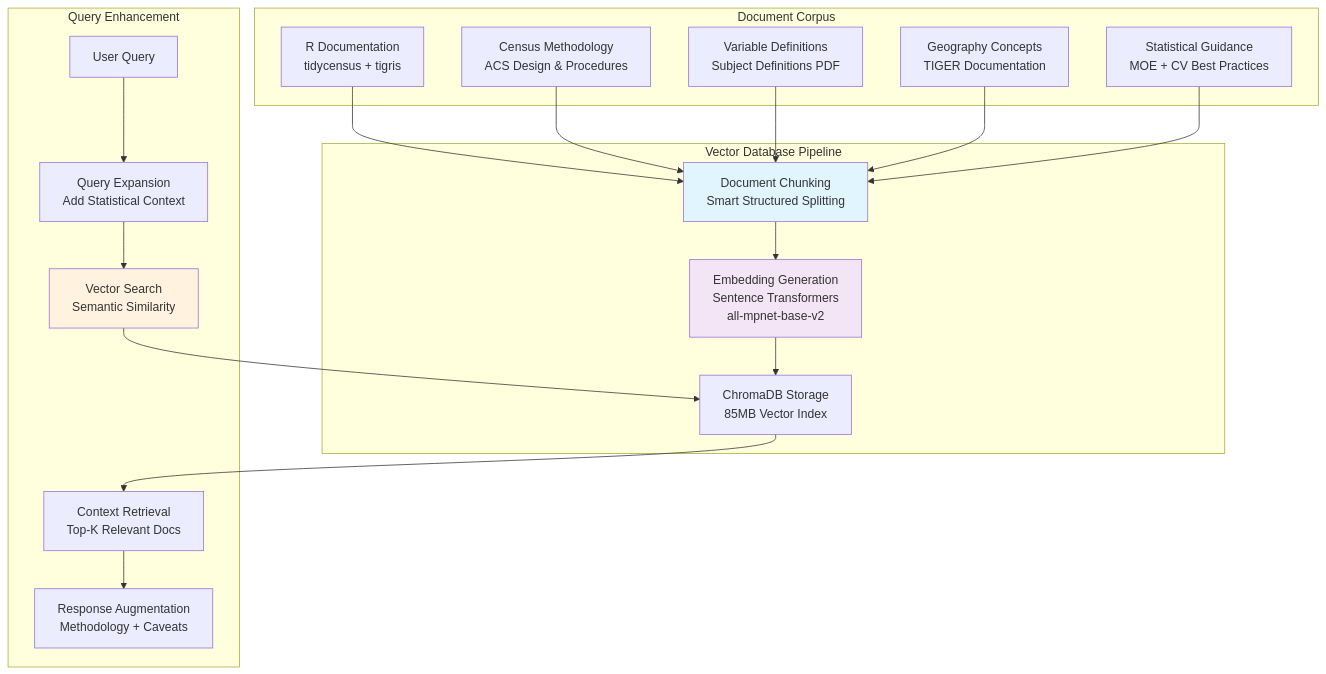
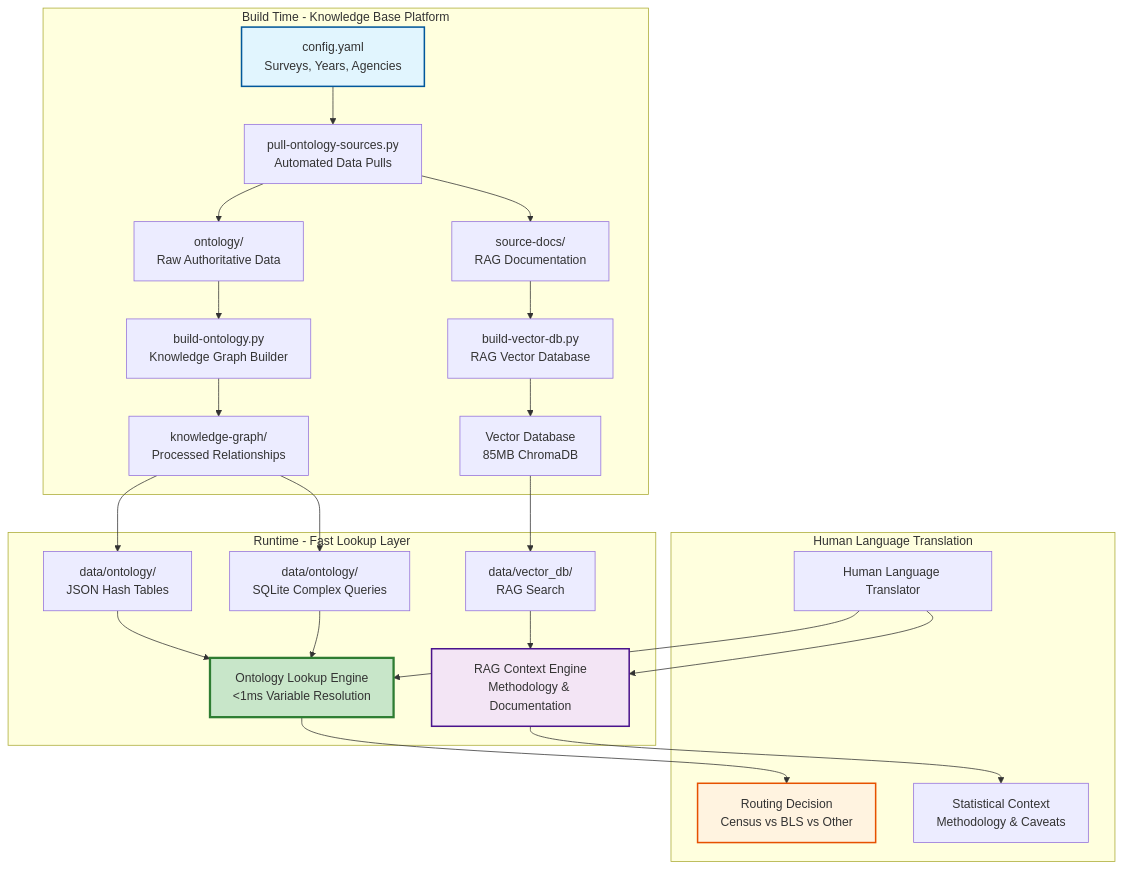
One commit to saikrmet/open-census-mcp-server changed the seventh of 8 diagrams in phase3_architecture.md. Above: the diagram before and after it, drawn with Mermaid. The commit also changed other lines of this file, not shown here.

````diff
--- a/phase3_architecture.md
+++ b/phase3_architecture.md
@@ -118,33 +177,38 @@
 ```mermaid
 graph TB
-    subgraph "Document Corpus"
-        RD[R Documentation<br/>tidycensus + tigris]
-        CM[Census Methodology<br/>ACS Design & Procedures]
-        VD[Variable Definitions<br/>Subject Definitions PDF]
-        GP[Geography Concepts<br/>TIGER Documentation]
-        ST[Statistical Guidance<br/>MOE + CV Best Practices]
+    subgraph "Build Time - Knowledge Base Platform"
+        CONFIG[config.yaml<br/>Surveys, Years, Agencies]
+        CONFIG --> PULL[pull-ontology-sources.py<br/>Automated Data Pulls]
+        
+        PULL --> RAW[ontology/<br/>Raw Authoritative Data]
+        PULL --> DOCS[source-docs/<br/>RAG Documentation]
+        
+        RAW --> PROCESS[build-ontology.py<br/>Knowledge Graph Builder]
+        DOCS --> BUILD[build-vector-db.py<br/>RAG Vector Database]
+        
+        PROCESS --> KG[knowledge-graph/<br/>Processed Relationships]
+        BUILD --> VDB[Vector Database<br/>85MB ChromaDB]
     end
     
-    subgraph "Vector Database Pipeline"
-        RD --> CHUNK[Document Chunking<br/>Smart Structured Splitting]
-        CM --> CHUNK
-        VD --> CHUNK
-        GP --> CHUNK
-        ST --> CHUNK
+    subgraph "Runtime - Fast Lookup Layer"
+        KG --> SQLITE[data/ontology/<br/>SQLite Complex Queries]
+        KG --> JSON[data/ontology/<br/>JSON Hash Tables]
+        VDB --> VECTOR[data/vector_db/<br/>RAG Search]
         
-        CHUNK --> EMB[Embedding Generation<br/>Sentence Transformers<br/>all-mpnet-base-v2]
-        EMB --> STORE[ChromaDB Storage<br/>85MB Vector Index]
+        SQLITE --> LOOKUP[Ontology Lookup Engine<br/><1ms Variable Resolution]
+        JSON --> LOOKUP
+        VECTOR --> RAG[RAG Context Engine<br/>Methodology & Documentation]
     end
     
-    subgraph "Query Enhancement"
-        UQ[User Query] --> QE[Query Expansion<br/>Add Statistical Context]
-        QE --> VS[Vector Search<br/>Semantic Similarity]
-        VS --> STORE
-        STORE --> CTX[Context Retrieval<br/>Top-K Relevant Docs]
-        CTX --> AUG[Response Augmentation<br/>Methodology + Caveats]
+    subgraph "Human Language Translation"
+        HLT[Human Language Translator] --> LOOKUP
+        HLT --> RAG
+        LOOKUP --> ROUTE[Routing Decision<br/>Census vs BLS vs Other]
+        RAG --> CONTEXT[Statistical Context<br/>Methodology & Caveats]
     end
     
-    style CHUNK fill:#e1f5fe
-    style EMB fill:#f3e5f5
-    style VS fill:#fff3e0
+    style CONFIG fill:#e1f5fe,stroke:#01579b,stroke-width:2px
+    style LOOKUP fill:#c8e6c9,stroke:#2e7d32,stroke-width:3px
+    style RAG fill:#f3e5f5,stroke:#4a148c,stroke-width:2px
+    style ROUTE fill:#fff3e0,stroke:#e65100,stroke-width:2px
 ```
````
